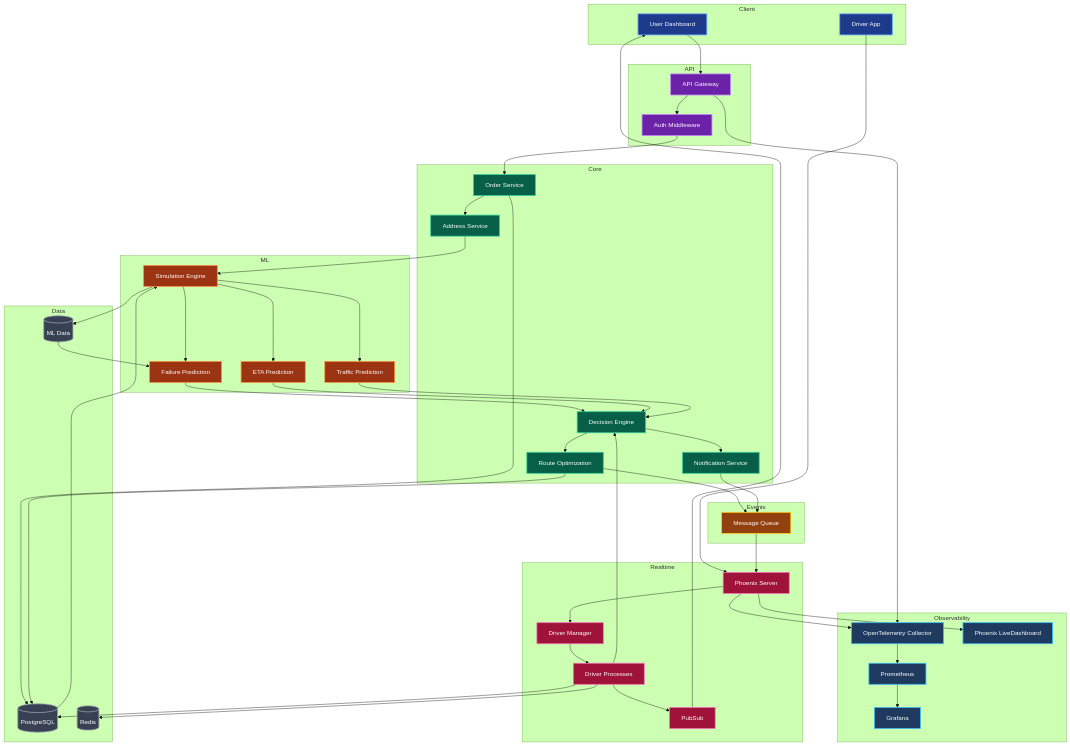
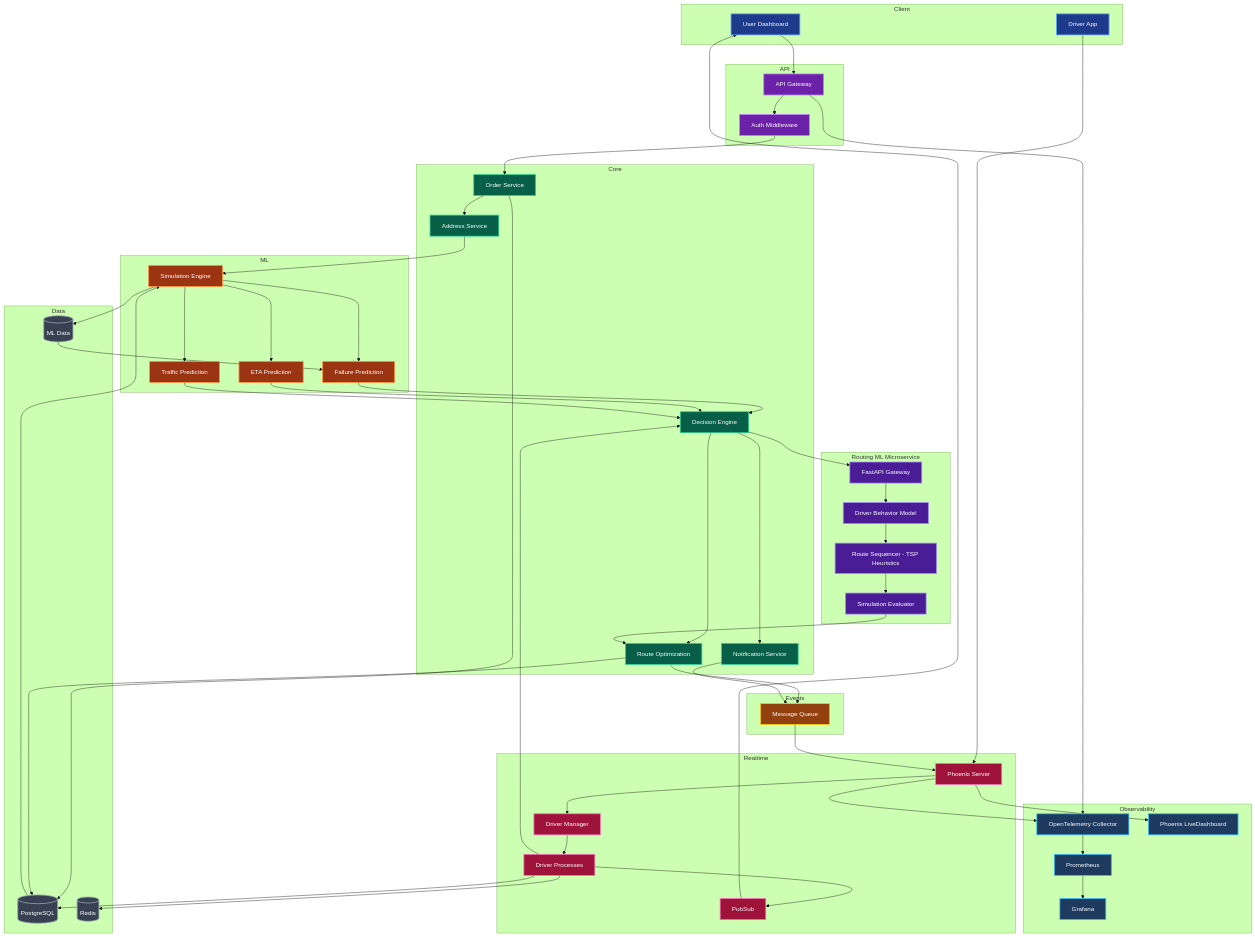
One commit to JUSTMEETPATEL/SynapseRoute-AI changed the diagram in docs/PRD.md. Above: the diagram before and after it, drawn with Mermaid (forest theme). The commit also changed other lines of this file and 1 other file, not shown here.

````diff
--- a/docs/PRD.md
+++ b/docs/PRD.md
@@ -146,6 +146,14 @@
     D2[Failure Prediction]
     D3[ETA Prediction]
     D4[Traffic Prediction]
+end
+
+%% ================= ROUTING ML =================
+subgraph RoutingML["Routing ML Microservice"]
+    R1[FastAPI Gateway]
+    R2[Driver Behavior Model]
+    R3[Route Sequencer - TSP Heuristics]
+    R4[Simulation Evaluator]
 end
 
 %% ================= REALTIME =================
@@ -195,7 +203,13 @@
 D4 --> C3
 
 C3 --> C4
+C3 --> R1
 C3 --> C5
+
+R1 --> R2
+R2 --> R3
+R3 --> R4
+R4 --> C4
 
 C4 --> F1
 C5 --> F1
@@ -245,4 +259,7 @@
 class F1 events;
 class G1,G2,G3 data;
 class H1,H2,H3,H4 observability;
+
+classDef routingml fill:#4a1d96,stroke:#a78bfa,color:#ffffff,stroke-width:2px;
+class R1,R2,R3,R4 routingml;
 ```
````
